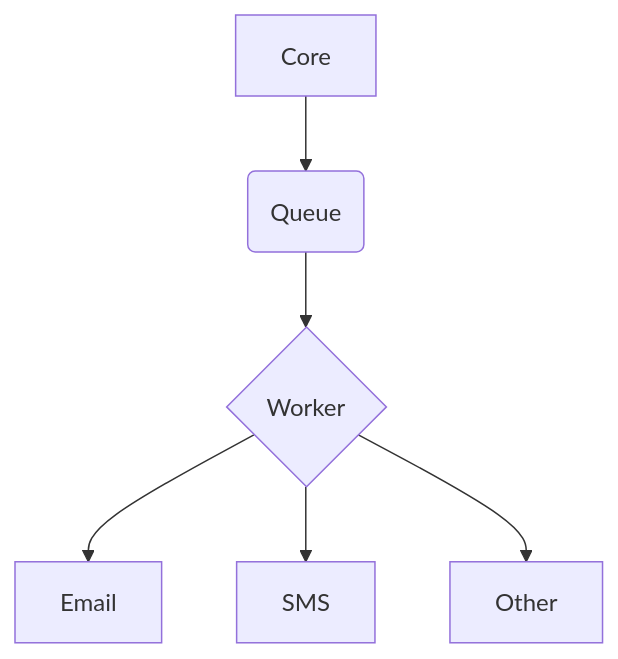
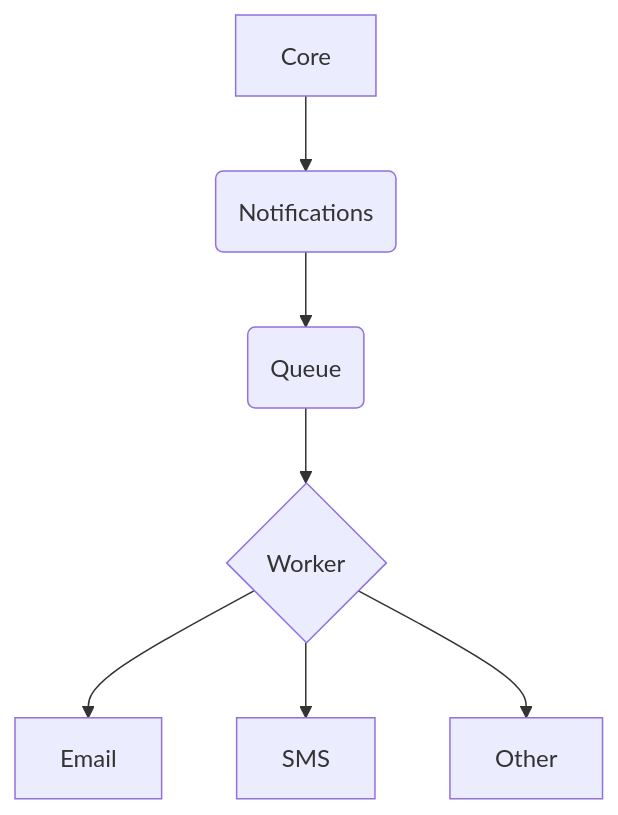
The diagram in notifications/README.md (juffalow/zdielaj-si), drawn with Mermaid before and after one commit. The commit also changed other lines of this file and 31 other files, not shown here.

````diff
--- a/notifications/README.md
+++ b/notifications/README.md
@@ -28,8 +10,9 @@
 ```mermaid
 graph TD
-    A[Core] --> B(Queue)
-    B --> C{Worker}
+    A[Core] --> B(Notifications)
+    B --> Q(Queue)
+    Q --> C{Worker}
     C --> D[Email]
     C --> E[SMS]
     C --> F[Other]
 ```
````
